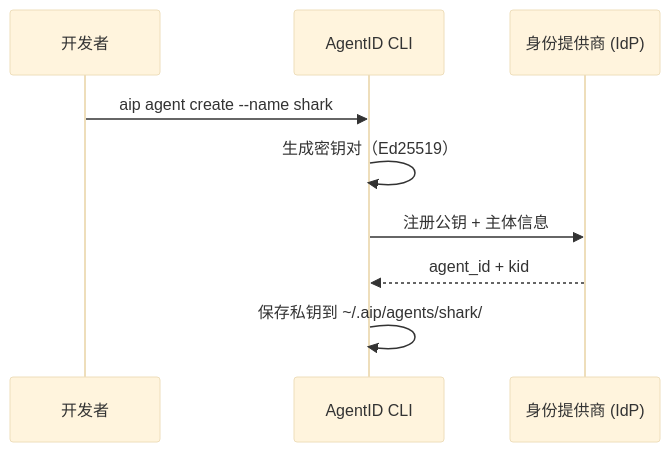
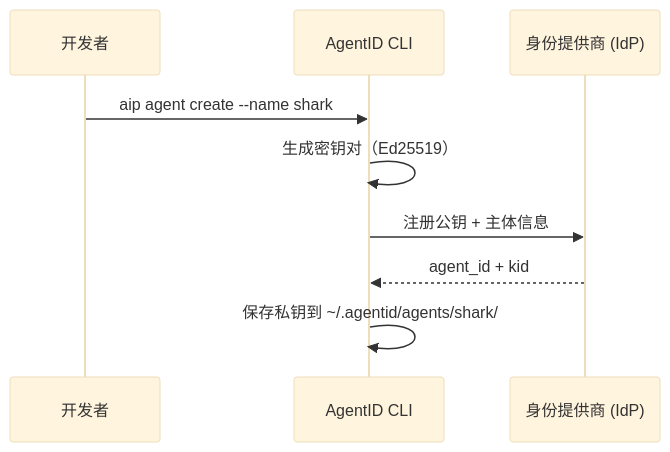
The second of 3 diagrams in README.md (agentscope-ai/agent-identity), drawn with Mermaid (base theme) before and after one commit. The commit also changed other lines of this file and 32 other files, not shown here.

````diff
--- a/README.md
+++ b/README.md
@@ -40,12 +40,12 @@
 ```mermaid
 sequenceDiagram
     participant Dev as 开发者
     participant CLI as AgentID CLI
     participant IdP as 身份提供商 (IdP)
 
     Dev->>CLI: aip agent create --name shark
     CLI->>CLI: 生成密钥对（Ed25519）
     CLI->>IdP: 注册公钥 + 主体信息
     IdP-->>CLI: agent_id + kid
-    CLI->>CLI: 保存私钥到 ~/.aip/agents/shark/
+    CLI->>CLI: 保存私钥到 ~/.agentid/agents/shark/
 ```
````
